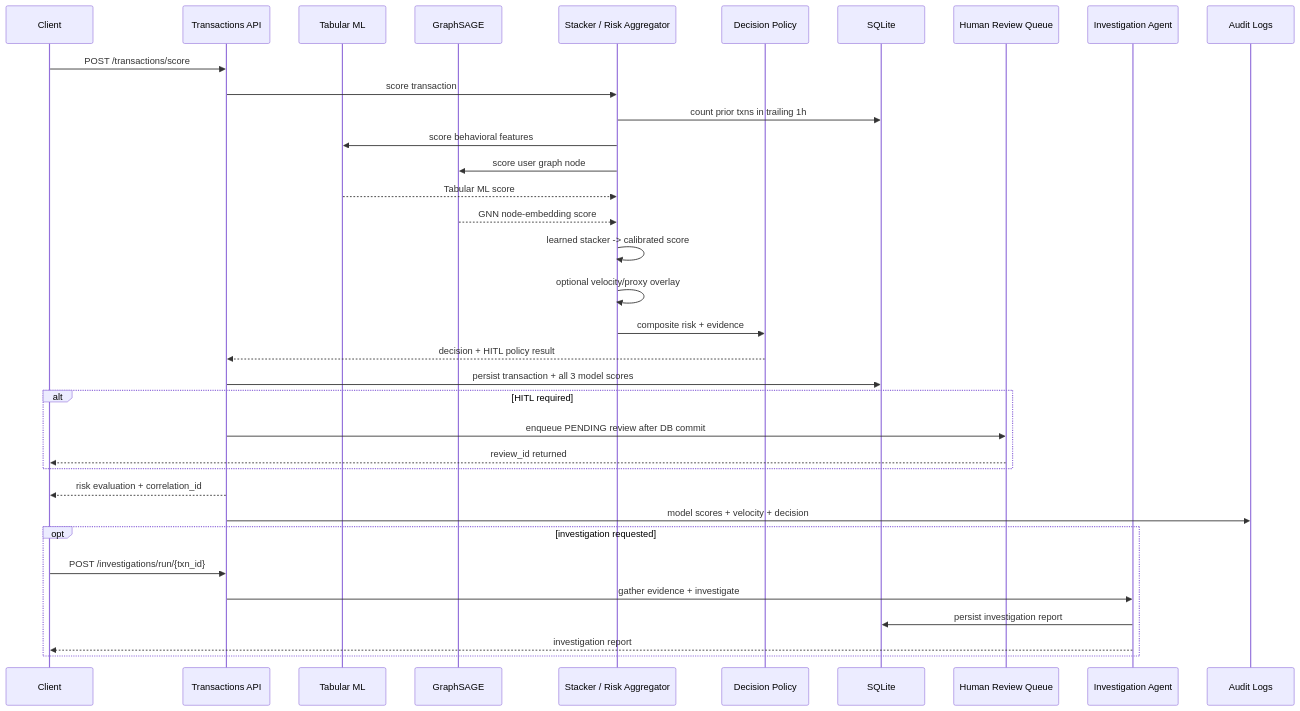
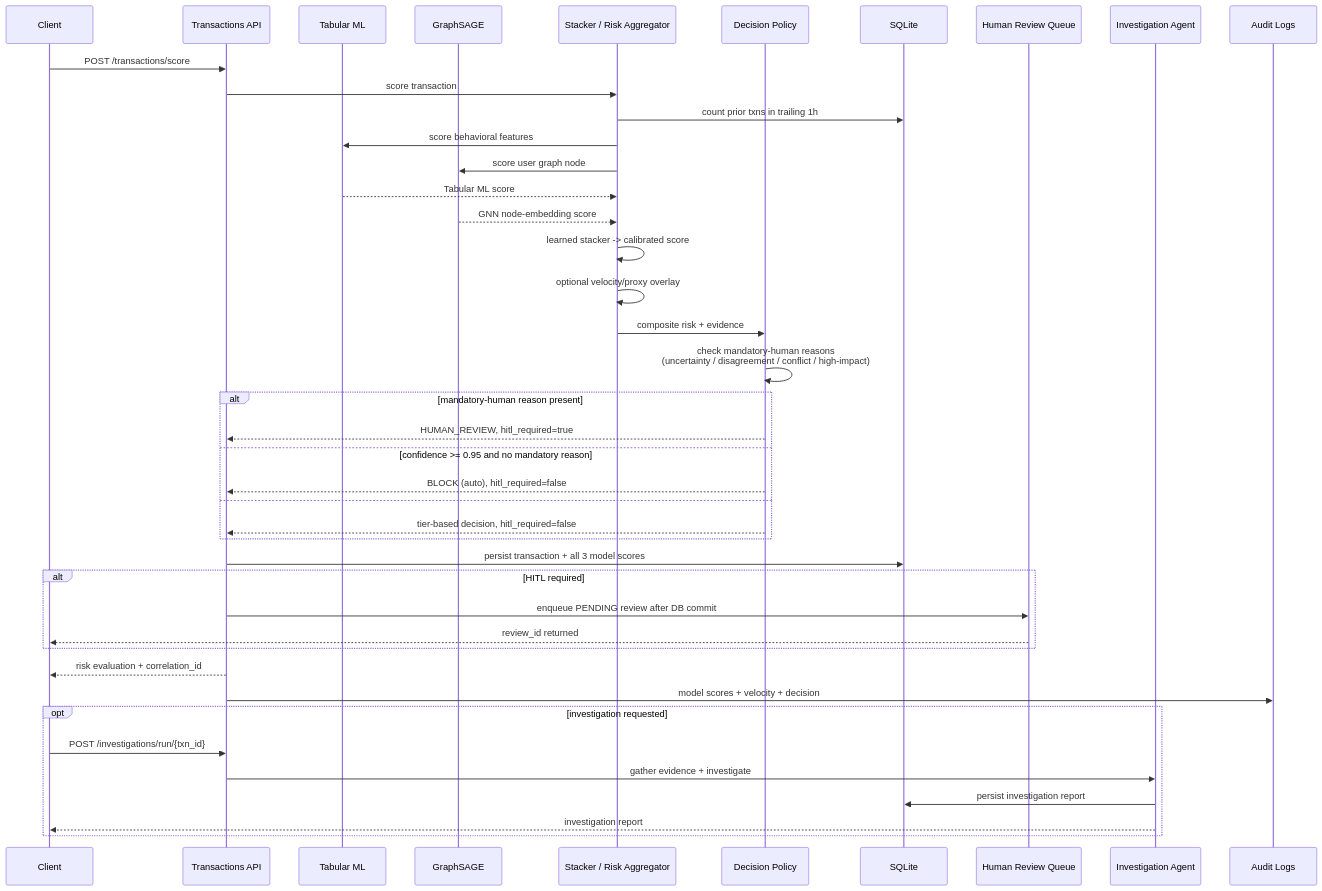
Before and after one commit to Dikshu015/RazorRisk-Agentic-AI-Payment-Fraud-Risk-Investigation-Platform: the fourth of 4 diagrams in PROJECT_WORKFLOW.md, drawn with Mermaid. The commit also changed other lines of this file and 1 other file, not shown here.

````diff
--- a/PROJECT_WORKFLOW.md
+++ b/PROJECT_WORKFLOW.md
@@ -145,38 +153,45 @@
 ```mermaid
 sequenceDiagram
     participant C as Client
     participant API as Transactions API
     participant TAB as Tabular ML
     participant GNN as GraphSAGE
     participant AGG as Stacker / Risk Aggregator
     participant POL as Decision Policy
     participant DB as SQLite
     participant HITL as Human Review Queue
     participant AGT as Investigation Agent
     participant LOG as Audit Logs
 
     C->>API: POST /transactions/score
     API->>AGG: score transaction
     AGG->>DB: count prior txns in trailing 1h
     AGG->>TAB: score behavioral features
     AGG->>GNN: score user graph node
     TAB-->>AGG: Tabular ML score
     GNN-->>AGG: GNN node-embedding score
     AGG->>AGG: learned stacker -> calibrated score
     AGG->>AGG: optional velocity/proxy overlay
     AGG->>POL: composite risk + evidence
-    POL-->>API: decision + HITL policy result
+    POL->>POL: check mandatory-human reasons<br/>(uncertainty / disagreement / conflict / high-impact)
+    alt mandatory-human reason present
+        POL-->>API: HUMAN_REVIEW, hitl_required=true
+    else confidence >= 0.95 and no mandatory reason
+        POL-->>API: BLOCK (auto), hitl_required=false
+    else
+        POL-->>API: tier-based decision, hitl_required=false
+    end
     API->>DB: persist transaction + all 3 model scores
     alt HITL required
         API->>HITL: enqueue PENDING review after DB commit
         HITL-->>C: review_id returned
     end
     API-->>C: risk evaluation + correlation_id
     API->>LOG: model scores + velocity + decision
     opt investigation requested
         C->>API: POST /investigations/run/{txn_id}
         API->>AGT: gather evidence + investigate
         AGT->>DB: persist investigation report
         AGT-->>C: investigation report
     end
 ```
````
